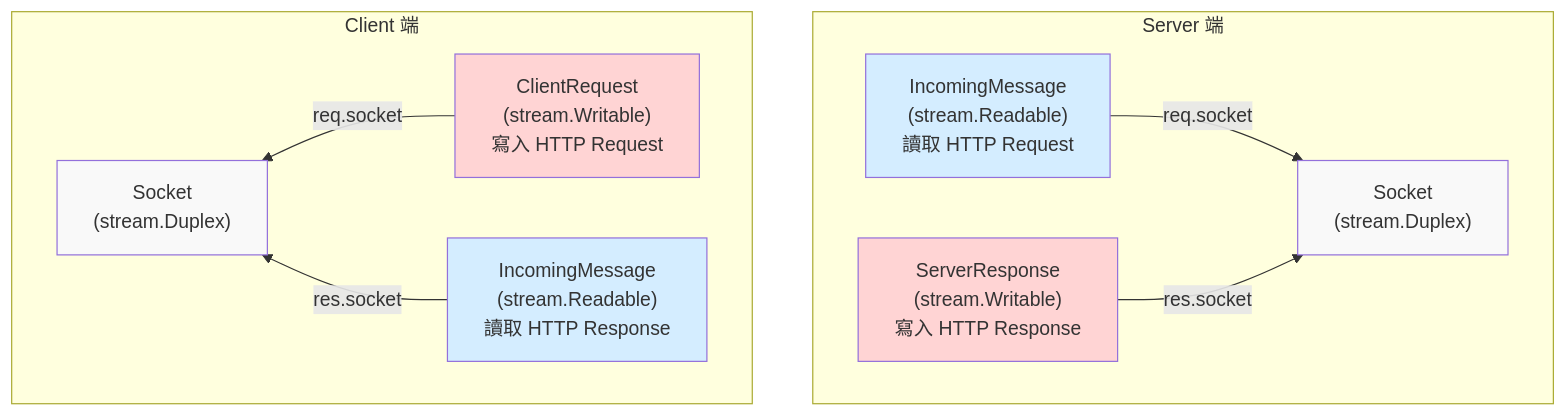
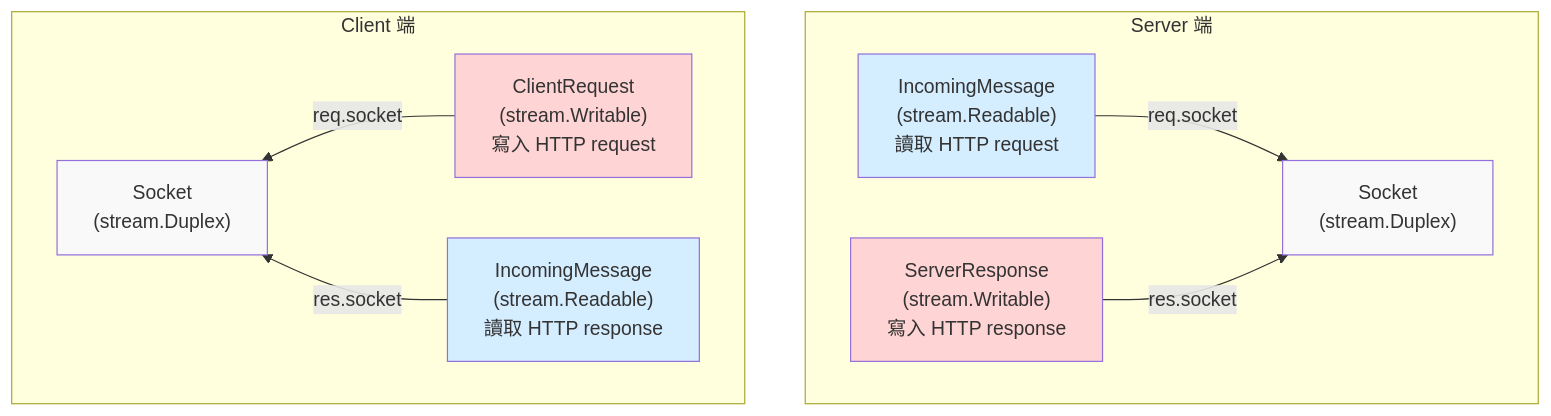
One commit to samuel871211/yusheng-tech-blog changed the third of 5 diagrams in docs/nodejs/stream-overview.md. Above: the diagram before and after it, drawn with Mermaid. The commit also changed other lines of this file and 1 other file, not shown here.

Commit message:
stream-overview ok

````diff
--- a/docs/nodejs/stream-overview.md
+++ b/docs/nodejs/stream-overview.md
@@ -51,30 +51,30 @@
 ```mermaid
 graph TB
     direction TB
     subgraph Server["Server 端"]
         SSocket["Socket<br/>(stream.Duplex)"]
-        SReq["IncomingMessage<br/>(stream.Readable)<br/>讀取 HTTP Request"]
-        SRes["ServerResponse<br/>(stream.Writable)<br/>寫入 HTTP Response"]
+        SReq["IncomingMessage<br/>(stream.Readable)<br/>讀取 HTTP request"]
+        SRes["ServerResponse<br/>(stream.Writable)<br/>寫入 HTTP response"]
 
         SReq -->|req.socket| SSocket
         SRes -->|res.socket| SSocket
     end
 
     subgraph Client["Client 端"]
         direction RL
         CSocket["Socket<br/>(stream.Duplex)"]
-        CReq["ClientRequest<br/>(stream.Writable)<br/>寫入 HTTP Request"]
-        CRes["IncomingMessage<br/>(stream.Readable)<br/>讀取 HTTP Response"]
+        CReq["ClientRequest<br/>(stream.Writable)<br/>寫入 HTTP request"]
+        CRes["IncomingMessage<br/>(stream.Readable)<br/>讀取 HTTP response"]
 
         CReq -->|req.socket| CSocket
         CRes -->|res.socket| CSocket
     end
 
     style CSocket fill:#f9f9f9
     style CReq fill:#ffd4d4
     style CRes fill:#d4edff
 
     style SSocket fill:#f9f9f9
     style SReq fill:#d4edff
     style SRes fill:#ffd4d4
 ```
````
